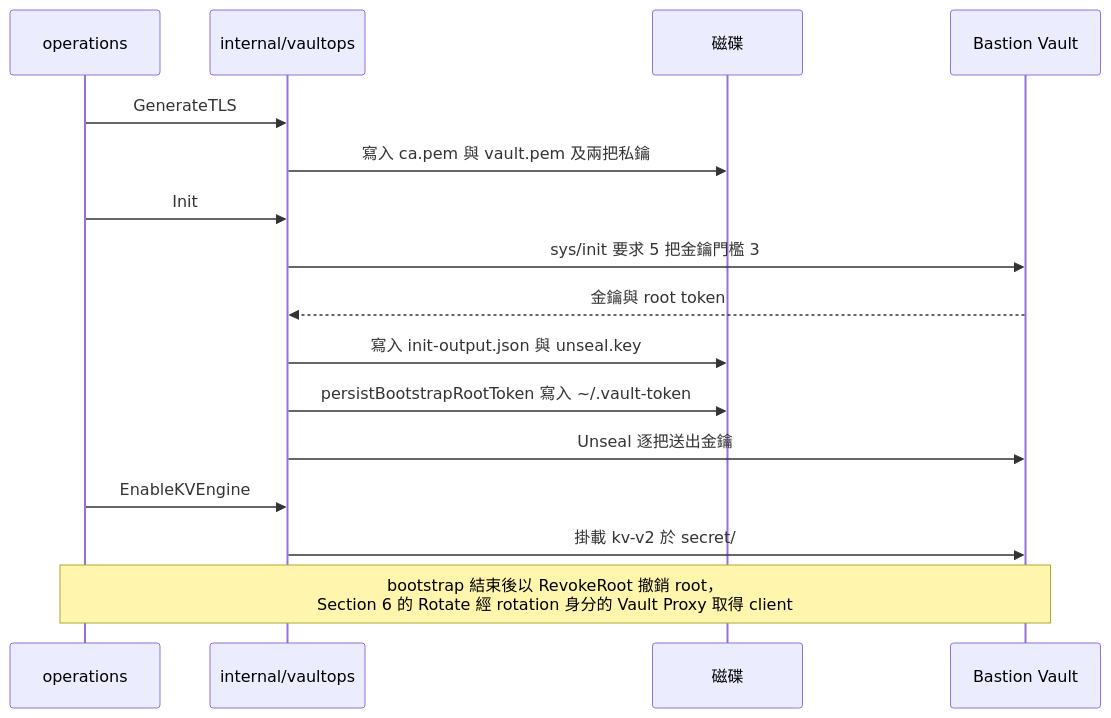
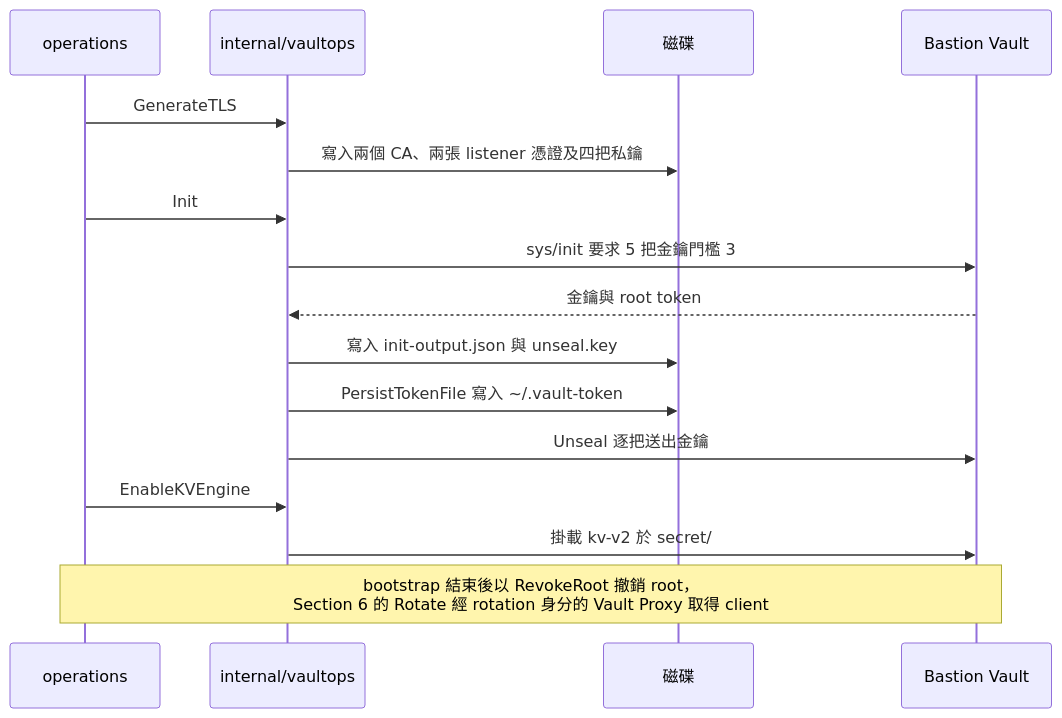
One commit to csning1998/parent-group-governance changed the third of 3 diagrams in tools/governance/README.md. Above: the diagram before and after it, drawn with Mermaid. The commit also changed other lines of this file and 72 other files, not shown here.

````diff
--- a/tools/governance/README.md
+++ b/tools/governance/README.md
@@ -637,22 +637,22 @@
 ```mermaid
 sequenceDiagram
     participant Op as operations
     participant VaultOps as internal/vaultops
     participant Disk as 磁碟
     participant Vault as Bastion Vault
 
     Op->>VaultOps: GenerateTLS
-    VaultOps->>Disk: 寫入 ca.pem 與 vault.pem 及兩把私鑰
+    VaultOps->>Disk: 寫入兩個 CA、兩張 listener 憑證及四把私鑰
 
     Op->>VaultOps: Init
     VaultOps->>Vault: sys/init 要求 5 把金鑰門檻 3
     Vault-->>VaultOps: 金鑰與 root token
     VaultOps->>Disk: 寫入 init-output.json 與 unseal.key
-    VaultOps->>Disk: persistBootstrapRootToken 寫入 ~/.vault-token
+    VaultOps->>Disk: PersistTokenFile 寫入 ~/.vault-token
     VaultOps->>Vault: Unseal 逐把送出金鑰
 
     Op->>VaultOps: EnableKVEngine
     VaultOps->>Vault: 掛載 kv-v2 於 secret/
 
     Note over Op,Vault: bootstrap 結束後以 RevokeRoot 撤銷 root，<br/>Section 6 的 Rotate 經 rotation 身分的 Vault Proxy 取得 client
 ```
````
